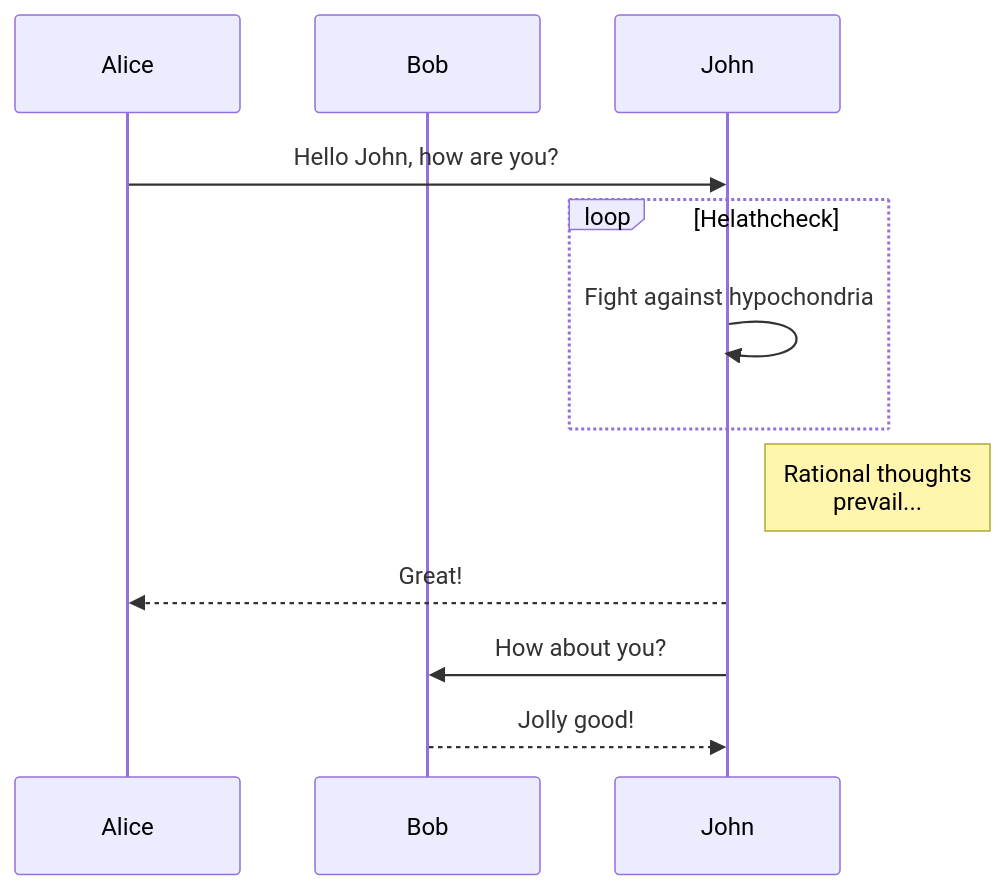
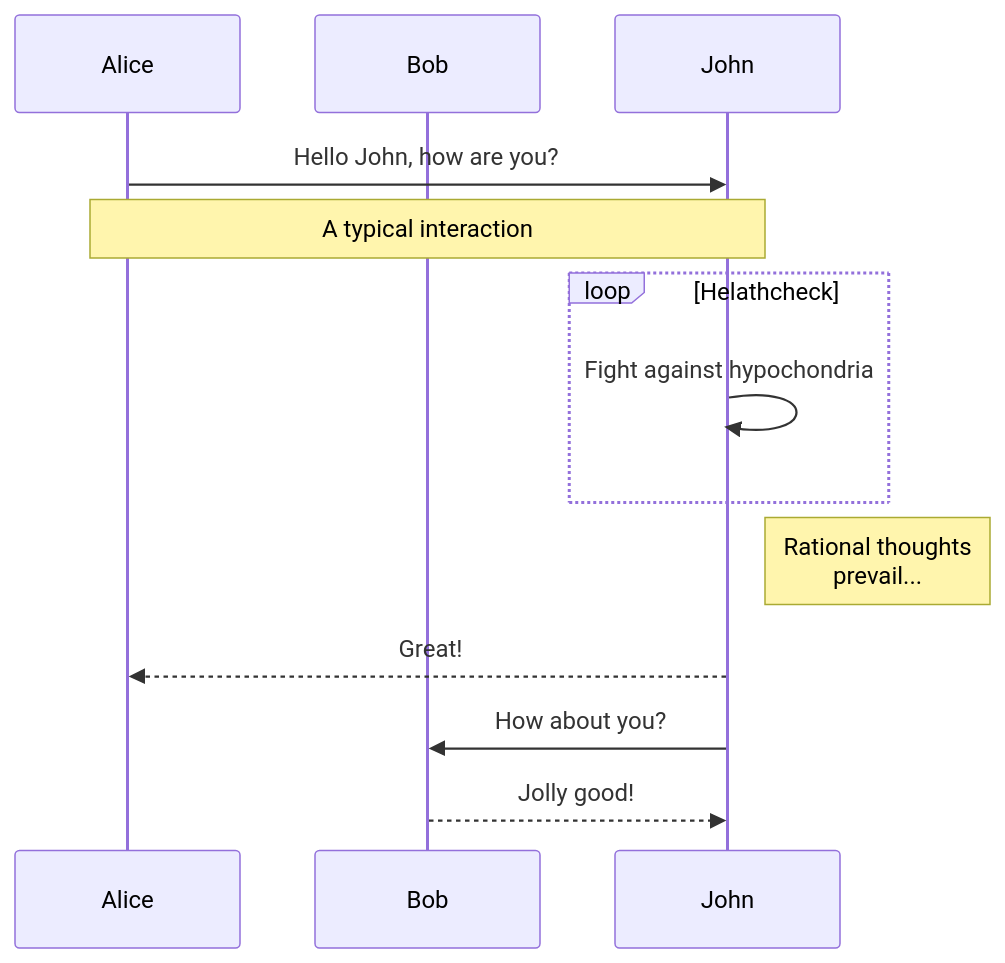
One commit to devSoyoung/STUDY changed the first of 2 diagrams in Mermaid.js 다이어그램 그리기.md. Above: the diagram before and after it, drawn with Mermaid. The commit also changed other lines of this file, not shown here.

Commit message:
Update Mermaid.js 다이어그램 그리기.md

````diff
--- a/Mermaid.js 다이어그램 그리기.md
+++ b/Mermaid.js 다이어그램 그리기.md
@@ -8,17 +8,19 @@
 ```mermaid
 sequenceDiagram
   participant Alice
   participant Bob
   participant John
   
   Alice->>John: Hello John, how are you?
+  Note over Alice,John: A typical interaction
+  
   loop Helathcheck
     John->>John: Fight against hypochondria
   end
   
   Note right of John: Rational thoughts <br/>prevail...
   
   John-->>Alice: Great!
   John->>Bob: How about you?
   Bob-->>John: Jolly good!
 ```
````
